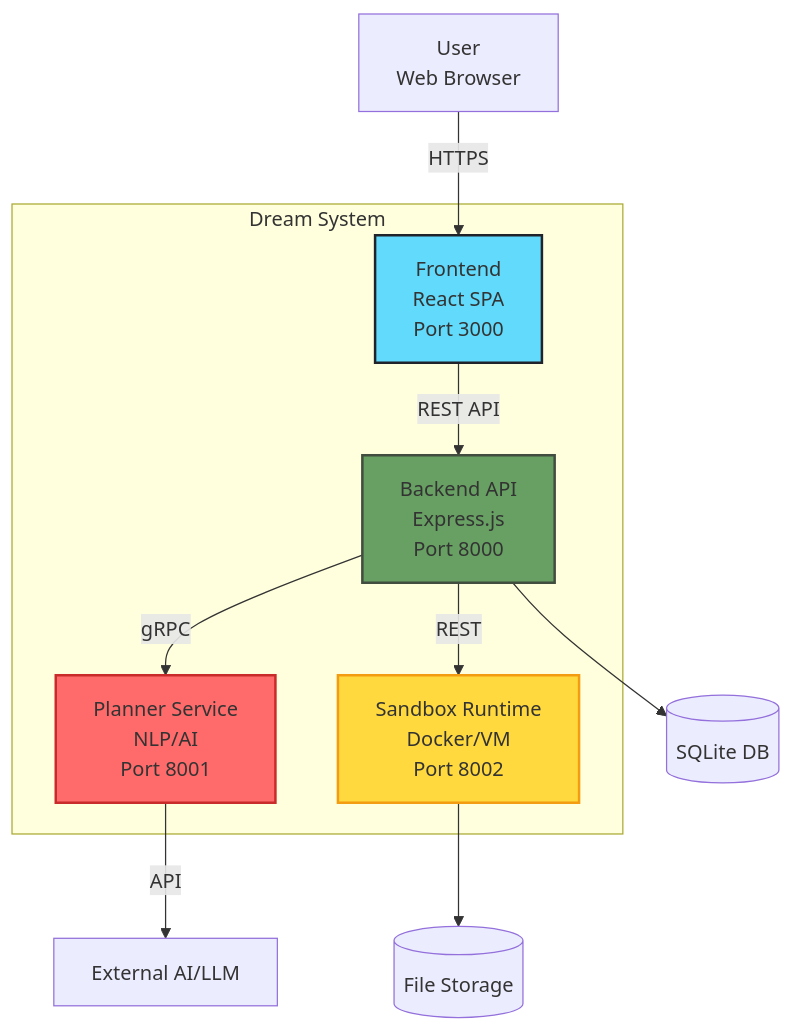
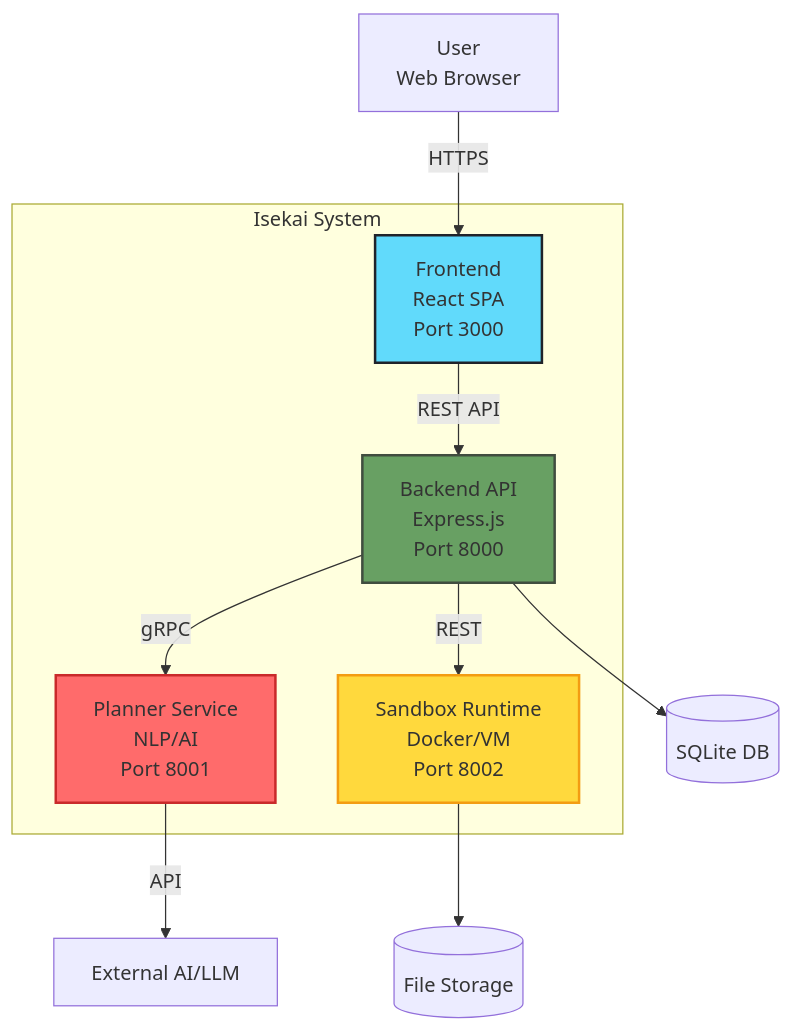
One commit to Senpai-Sama7/Isekai changed the second of 5 diagrams in README.md. Above: the diagram before and after it, drawn with Mermaid. The commit also changed other lines of this file and 25 other files, not shown here.

Commit message:
Replace all instances of Dream and Imagine with Isekai

````diff
--- a/README.md
+++ b/README.md
@@ -50,28 +50,28 @@
 ```mermaid
 graph TB
     User[User<br/>Web Browser]
     
-    subgraph Dream System
+    subgraph Isekai System
         Frontend[Frontend<br/>React SPA<br/>Port 3000]
         Backend[Backend API<br/>Express.js<br/>Port 8000]
         Planner[Planner Service<br/>NLP/AI<br/>Port 8001]
         Sandbox[Sandbox Runtime<br/>Docker/VM<br/>Port 8002]
     end
     
     DB[(SQLite DB)]
     FileStore[(File Storage)]
     AI[External AI/LLM]
     
     User -->|HTTPS| Frontend
     Frontend -->|REST API| Backend
     Backend -->|gRPC| Planner
     Backend -->|REST| Sandbox
     Planner -->|API| AI
     Backend --> DB
     Sandbox --> FileStore
     
     style Frontend fill:#61dafb,stroke:#20232a,stroke-width:2px
     style Backend fill:#68a063,stroke:#404d3f,stroke-width:2px
     style Planner fill:#ff6b6b,stroke:#c92a2a,stroke-width:2px
     style Sandbox fill:#ffd93d,stroke:#f39c12,stroke-width:2px
 ```
````
